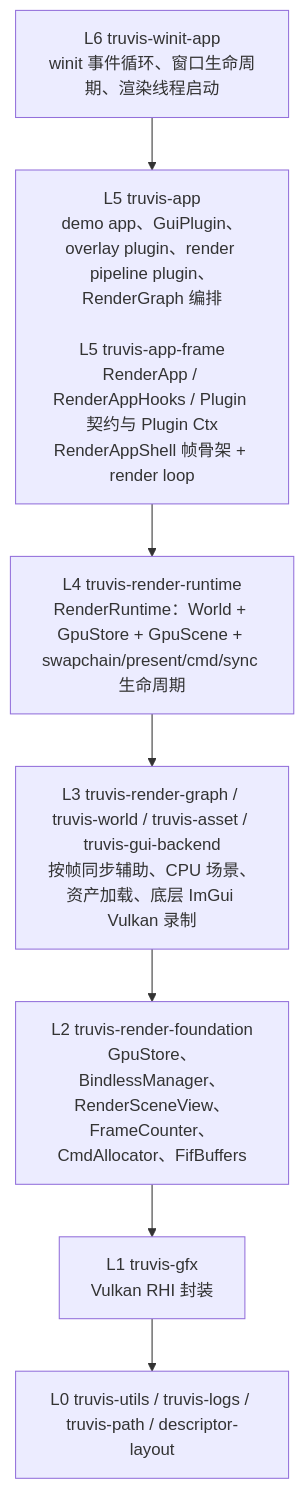
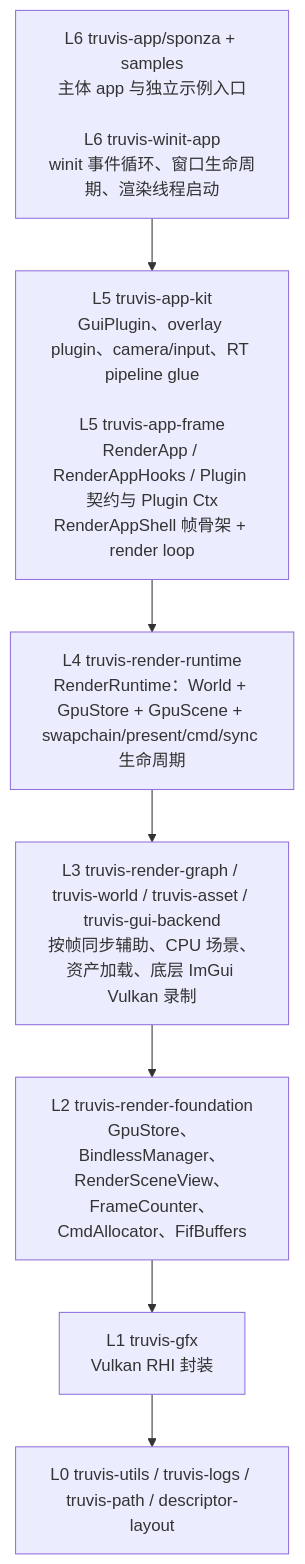
One commit to acccoco/TruvisRenderer changed the first of 7 diagrams in ARCHITECTURE.md. Above: the diagram before and after it, drawn with Mermaid. The commit also changed other lines of this file and 42 other files, not shown here.

````diff
--- a/ARCHITECTURE.md
+++ b/ARCHITECTURE.md
@@ -9,12 +9,12 @@
 ```mermaid
 flowchart TB
-    L6["L6 truvis-winit-app<br/>winit 事件循环、窗口生命周期、渲染线程启动"]
-    L5["L5 truvis-app<br/>demo app、GuiPlugin、overlay plugin、render pipeline plugin、RenderGraph 编排<br/><br/>L5 truvis-app-frame<br/>RenderApp / RenderAppHooks / Plugin 契约与 Plugin Ctx<br/>RenderAppShell 帧骨架 + render loop"]
+    L6["L6 truvis-app/sponza + samples<br/>主体 app 与独立示例入口<br/><br/>L6 truvis-winit-app<br/>winit 事件循环、窗口生命周期、渲染线程启动"]
+    L5["L5 truvis-app-kit<br/>GuiPlugin、overlay plugin、camera/input、RT pipeline glue<br/><br/>L5 truvis-app-frame<br/>RenderApp / RenderAppHooks / Plugin 契约与 Plugin Ctx<br/>RenderAppShell 帧骨架 + render loop"]
     L4["L4 truvis-render-runtime<br/>RenderRuntime：World + GpuStore + GpuScene + swapchain/present/cmd/sync 生命周期"]
     L3["L3 truvis-render-graph / truvis-world / truvis-asset / truvis-gui-backend<br/>按帧同步辅助、CPU 场景、资产加载、底层 ImGui Vulkan 录制"]
     L2["L2 truvis-render-foundation<br/>GpuStore、BindlessManager、RenderSceneView、FrameCounter、CmdAllocator、FifBuffers"]
     L1["L1 truvis-gfx<br/>Vulkan RHI 封装"]
     L0["L0 truvis-utils / truvis-logs / truvis-path / descriptor-layout"]
 
     L6 --> L5 --> L4 --> L3 --> L2 --> L1 --> L0
 ```
````
